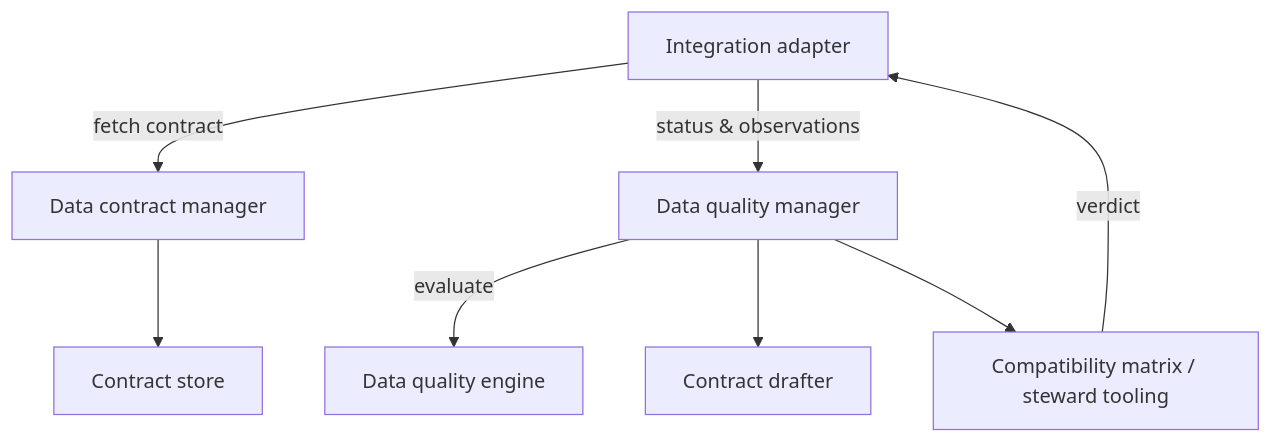
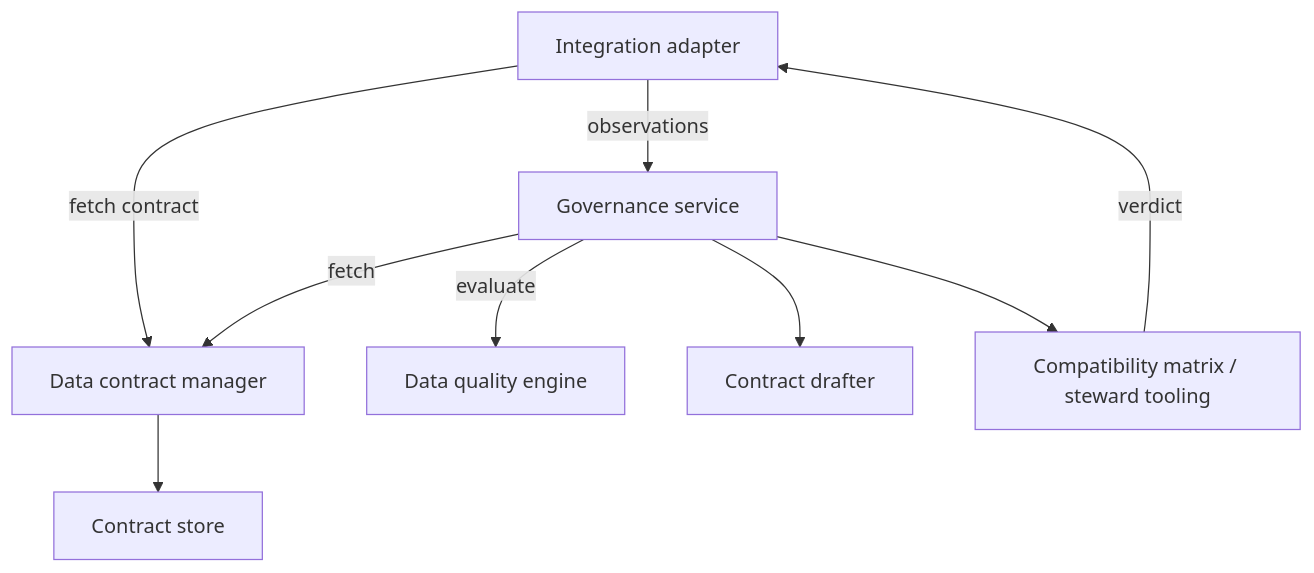
Before and after one commit to NextLab-SRL/dc43: the diagram in docs/component-integration-layer.md, drawn with Mermaid. The commit also changed other lines of this file and 15 other files, not shown here.

Commit message:
Refactor governance integration to use remote service

````diff
--- a/docs/component-integration-layer.md
+++ b/docs/component-integration-layer.md
@@ -25,10 +25,11 @@
 ```mermaid
 flowchart TD
     Adapter["Integration adapter"] -->|fetch contract| ContractMgr["Data contract manager"]
     ContractMgr --> ContractStore["Contract store"]
-    Adapter -->|status & observations| DQMgr["Data quality manager"]
-    DQMgr -->|evaluate| DQEngine["Data quality engine"]
-    DQMgr --> Drafter["Contract drafter"]
-    DQMgr --> Governance["Compatibility matrix / steward tooling"]
-    Governance -->|verdict| Adapter
+    Adapter -->|observations| Governance["Governance service"]
+    Governance -->|fetch| ContractMgr
+    Governance -->|evaluate| DQEngine["Data quality engine"]
+    Governance --> Drafts["Contract drafter"]
+    Governance --> Steward["Compatibility matrix / steward tooling"]
+    Steward -->|verdict| Adapter
 ```
````
